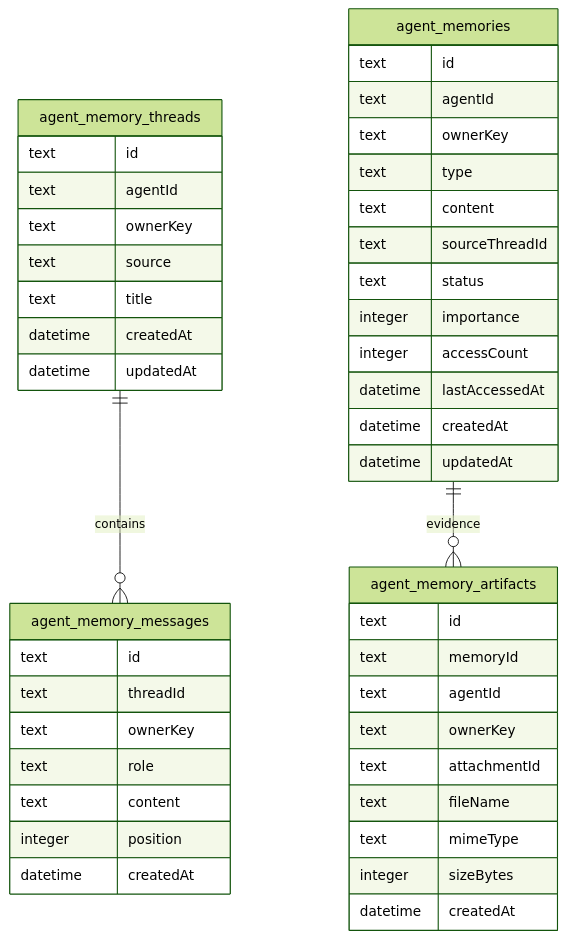
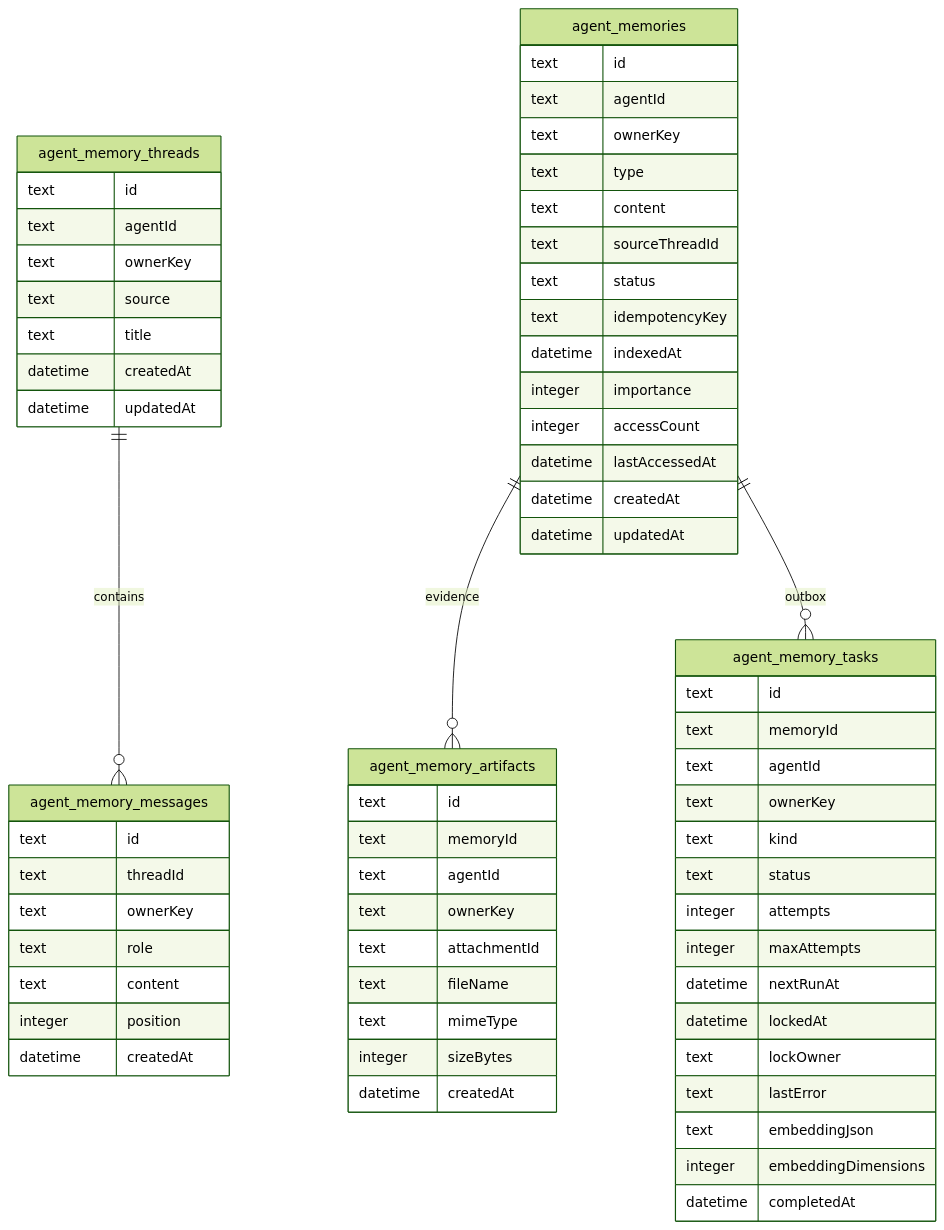
One commit to yiting001/agent changed the second of 3 diagrams in docs/modules/agent-memory.md. Above: the diagram before and after it, drawn with Mermaid (forest theme). The commit also changed other lines of this file and 40 other files, not shown here.

````diff
--- a/docs/modules/agent-memory.md
+++ b/docs/modules/agent-memory.md
@@ -95,52 +115,73 @@
 ```mermaid
 erDiagram
   agent_memory_threads ||--o{ agent_memory_messages : contains
   agent_memories ||--o{ agent_memory_artifacts : evidence
+  agent_memories ||--o{ agent_memory_tasks : outbox
 
   agent_memory_threads {
     text id
     text agentId
     text ownerKey
     text source
     text title
     datetime createdAt
     datetime updatedAt
   }
 
   agent_memory_messages {
     text id
     text threadId
     text ownerKey
     text role
     text content
     integer position
     datetime createdAt
   }
 
   agent_memories {
     text id
     text agentId
     text ownerKey
     text type
     text content
     text sourceThreadId
     text status
+    text idempotencyKey
+    datetime indexedAt
     integer importance
     integer accessCount
     datetime lastAccessedAt
     datetime createdAt
     datetime updatedAt
   }
 
   agent_memory_artifacts {
     text id
     text memoryId
     text agentId
     text ownerKey
     text attachmentId
     text fileName
     text mimeType
     integer sizeBytes
     datetime createdAt
   }
+
+  agent_memory_tasks {
+    text id
+    text memoryId
+    text agentId
+    text ownerKey
+    text kind
+    text status
+    integer attempts
+    integer maxAttempts
+    datetime nextRunAt
+    datetime lockedAt
+    text lockOwner
+    text lastError
+    text embeddingJson
+    integer embeddingDimensions
+    datetime completedAt
+  }
 ```
````
